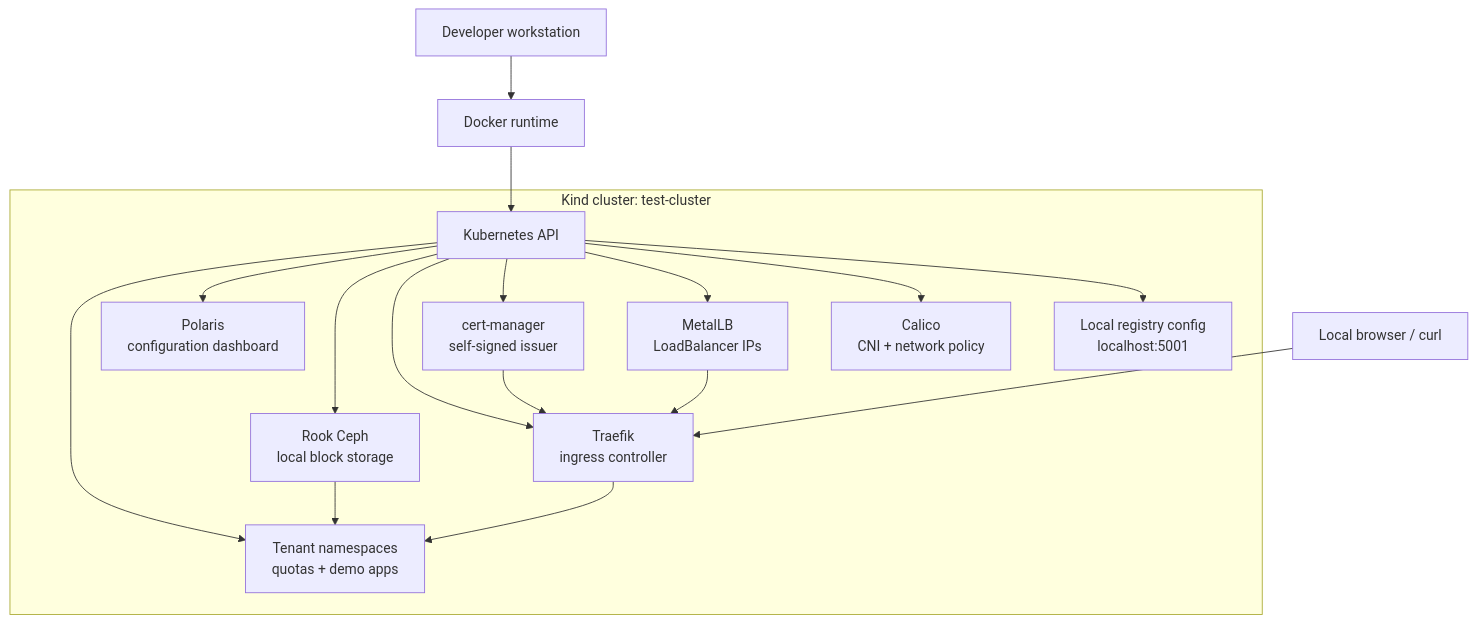
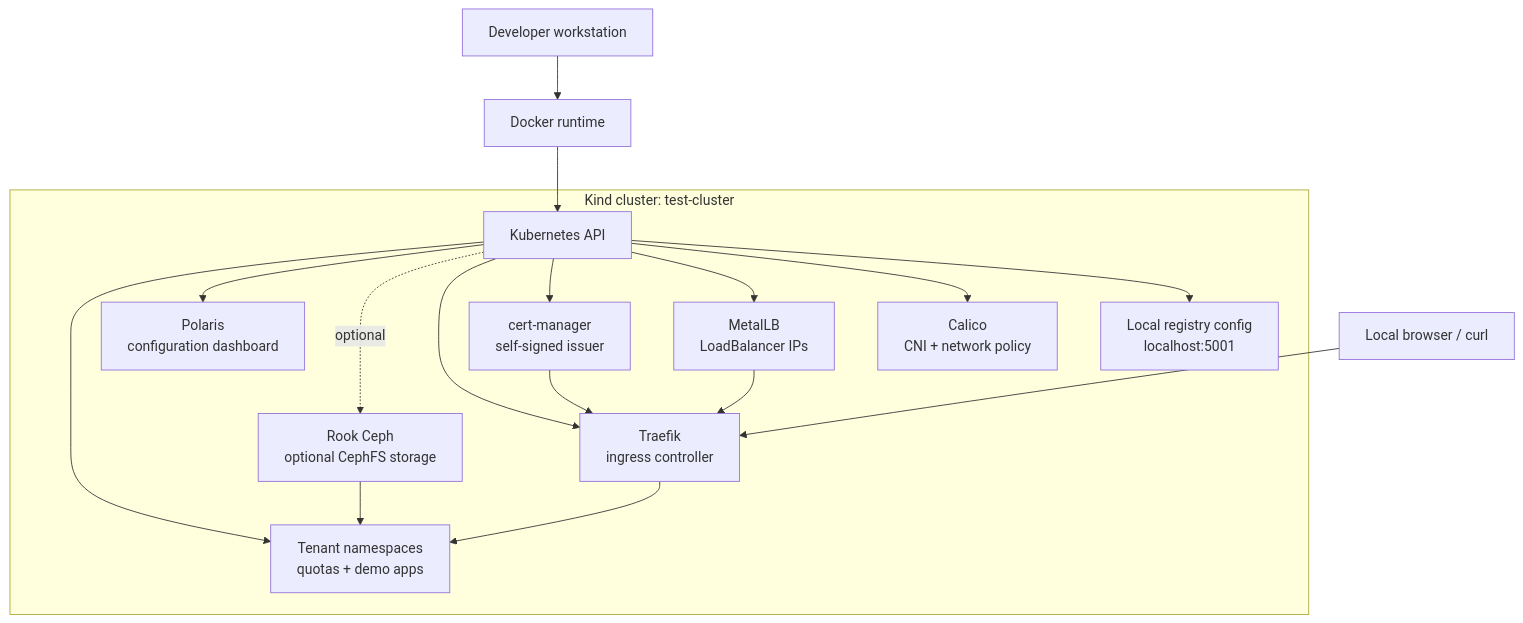
The diagram in README.md (bikramjitchawla/Kubernetes-cluster-development), drawn with Mermaid before and after one commit. The commit also changed other lines of this file and 3 other files, not shown here.

````diff
--- a/README.md
+++ b/README.md
@@ -9,35 +9,35 @@
 ```mermaid
 flowchart TB
   workstation["Developer workstation"]
   docker["Docker runtime"]
 
   workstation --> docker
 
   subgraph cluster["Kind cluster: test-cluster"]
     api["Kubernetes API"]
     registry["Local registry config<br/>localhost:5001"]
     calico["Calico<br/>CNI + network policy"]
     metallb["MetalLB<br/>LoadBalancer IPs"]
     certmanager["cert-manager<br/>self-signed issuer"]
     traefik["Traefik<br/>ingress controller"]
-    rook["Rook Ceph<br/>local block storage"]
+    rook["Rook Ceph<br/>optional CephFS storage"]
     polaris["Polaris<br/>configuration dashboard"]
     tenants["Tenant namespaces<br/>quotas + demo apps"]
   end
 
   docker --> api
   api --> registry
   api --> calico
   api --> metallb
   api --> certmanager
   api --> traefik
-  api --> rook
+  api -. optional .-> rook
   api --> polaris
   api --> tenants
 
   users["Local browser / curl"] --> traefik
   traefik --> tenants
   metallb --> traefik
   certmanager --> traefik
   rook --> tenants
 ```
````
